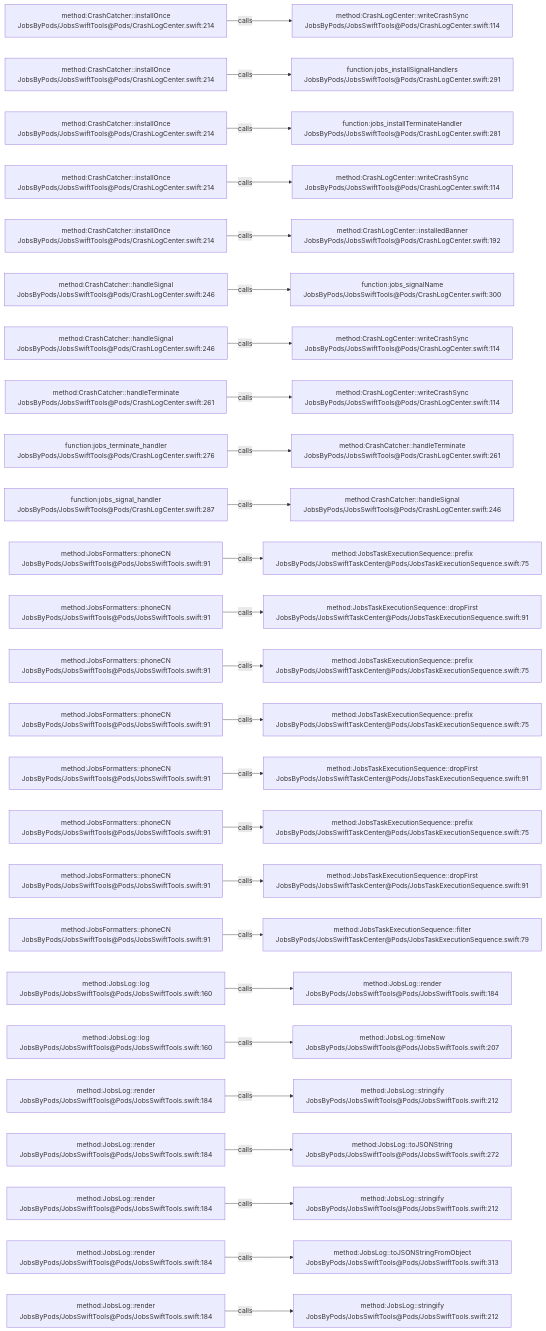
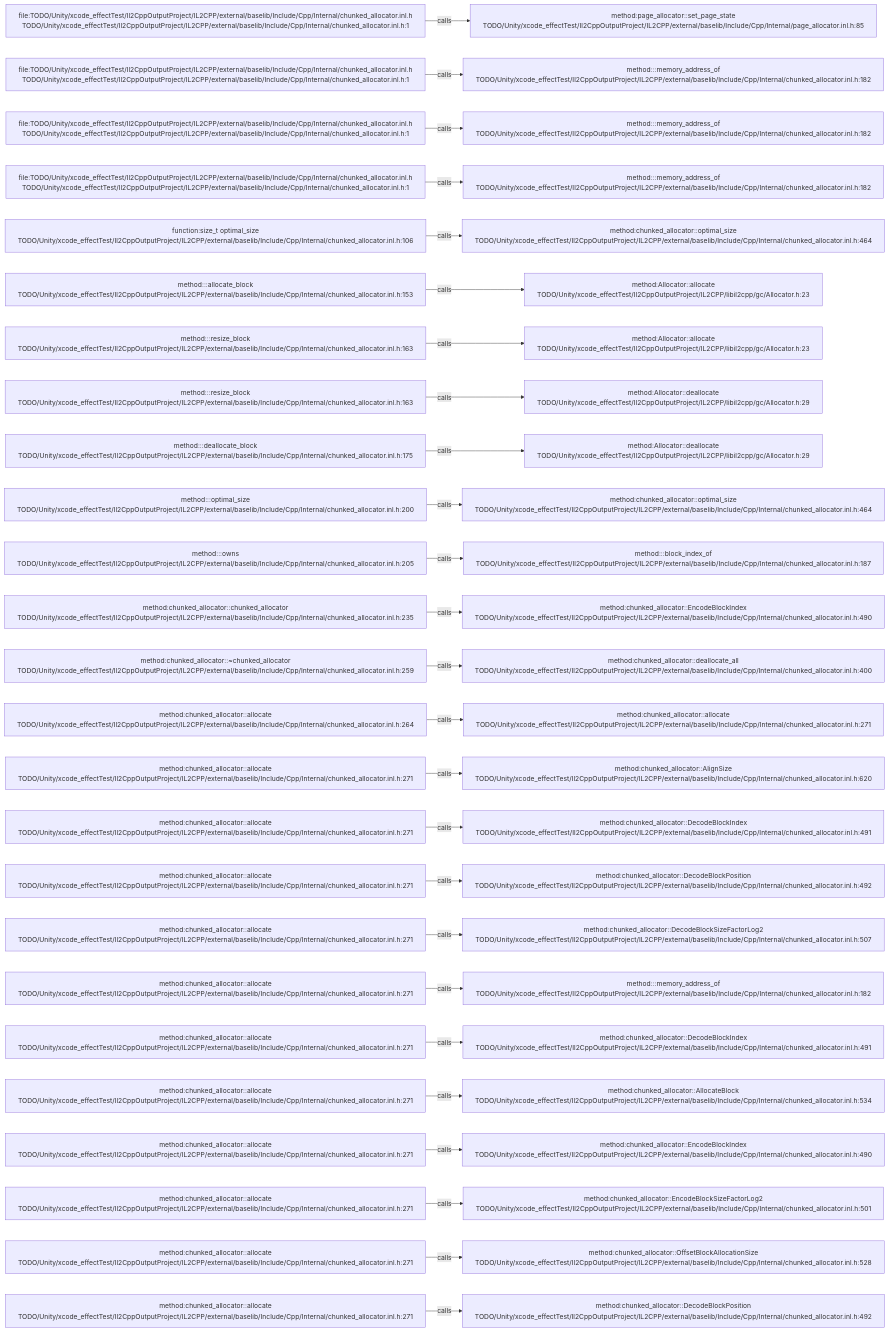
One commit to JobsKits/JobsSwiftBaseConfigDemo changed the diagram in .codegraph/codegraph.md/graphs/calls-063.md. Above: the diagram before and after it, drawn with Mermaid. The commit also changed 227 other files, not shown here.

````diff
--- a/.codegraph/codegraph.md/graphs/calls-063.md
+++ b/.codegraph/codegraph.md/graphs/calls-063.md
@@ -13,78 +13,78 @@
 ```mermaid
 flowchart LR
-  S1["method:CrashCatcher::installOnce<br/>JobsByPods/JobsSwiftTools@Pods/CrashLogCenter.swift:214"]
-  T1["method:CrashLogCenter::writeCrashSync<br/>JobsByPods/JobsSwiftTools@Pods/CrashLogCenter.swift:114"]
+  S1["file:TODO/Unity/xcode_effectTest/Il2CppOutputProject/IL2CPP/external/baselib/Include/Cpp/Internal/chunked_allocator.inl.h<br/>TODO/Unity/xcode_effectTest/Il2CppOutputProject/IL2CPP/external/baselib/Include/Cpp/Internal/chunked_allocator.inl.h:1"]
+  T1["method:page_allocator::set_page_state<br/>TODO/Unity/xcode_effectTest/Il2CppOutputProject/IL2CPP/external/baselib/Include/Cpp/Internal/page_allocator.inl.h:85"]
   S1 -->|calls| T1
-  S2["method:CrashCatcher::installOnce<br/>JobsByPods/JobsSwiftTools@Pods/CrashLogCenter.swift:214"]
-  T2["function:jobs_installSignalHandlers<br/>JobsByPods/JobsSwiftTools@Pods/CrashLogCenter.swift:291"]
+  S2["file:TODO/Unity/xcode_effectTest/Il2CppOutputProject/IL2CPP/external/baselib/Include/Cpp/Internal/chunked_allocator.inl.h<br/>TODO/Unity/xcode_effectTest/Il2CppOutputProject/IL2CPP/external/baselib/Include/Cpp/Internal/chunked_allocator.inl.h:1"]
+  T2["method:<anonymous>::memory_address_of<br/>TODO/Unity/xcode_effectTest/Il2CppOutputProject/IL2CPP/external/baselib/Include/Cpp/Internal/chunked_allocator.inl.h:182"]
   S2 -->|calls| T2
-  S3["method:CrashCatcher::installOnce<br/>JobsByPods/JobsSwiftTools@Pods/CrashLogCenter.swift:214"]
-  T3["function:jobs_installTerminateHandler<br/>JobsByPods/JobsSwiftTools@Pods/CrashLogCenter.swift:281"]
+  S3["file:TODO/Unity/xcode_effectTest/Il2CppOutputProject/IL2CPP/external/baselib/Include/Cpp/Internal/chunked_allocator.inl.h<br/>TODO/Unity/xcode_effectTest/Il2CppOutputProject/IL2CPP/external/baselib/Include/Cpp/Internal/chunked_allocator.inl.h:1"]
+  T3["method:<anonymous>::memory_address_of<br/>TODO/Unity/xcode_effectTest/Il2CppOutputProject/IL2CPP/external/baselib/Include/Cpp/Internal/chunked_allocator.inl.h:182"]
   S3 -->|calls| T3
-  S4["method:CrashCatcher::installOnce<br/>JobsByPods/JobsSwiftTools@Pods/CrashLogCenter.swift:214"]
-  T4["method:CrashLogCenter::writeCrashSync<br/>JobsByPods/JobsSwiftTools@Pods/CrashLogCenter.swift:114"]
+  S4["file:TODO/Unity/xcode_effectTest/Il2CppOutputProject/IL2CPP/external/baselib/Include/Cpp/Internal/chunked_allocator.inl.h<br/>TODO/Unity/xcode_effectTest/Il2CppOutputProject/IL2CPP/external/baselib/Include/Cpp/Internal/chunked_allocator.inl.h:1"]
+  T4["method:<anonymous>::memory_address_of<br/>TODO/Unity/xcode_effectTest/Il2CppOutputProject/IL2CPP/external/baselib/Include/Cpp/Internal/chunked_allocator.inl.h:182"]
   S4 -->|calls| T4
-  S5["method:CrashCatcher::installOnce<br/>JobsByPods/JobsSwiftTools@Pods/CrashLogCenter.swift:214"]
-  T5["method:CrashLogCenter::installedBanner<br/>JobsByPods/JobsSwiftTools@Pods/CrashLogCenter.swift:192"]
+  S5["function:size_t optimal_size<br/>TODO/Unity/xcode_effectTest/Il2CppOutputProject/IL2CPP/external/baselib/Include/Cpp/Internal/chunked_allocator.inl.h:106"]
+  T5["method:chunked_allocator::optimal_size<br/>TODO/Unity/xcode_effectTest/Il2CppOutputProject/IL2CPP/external/baselib/Include/Cpp/Internal/chunked_allocator.inl.h:464"]
   S5 -->|calls| T5
-  S6["method:CrashCatcher::handleSignal<br/>JobsByPods/JobsSwiftTools@Pods/CrashLogCenter.swift:246"]
-  T6["function:jobs_signalName<br/>JobsByPods/JobsSwiftTools@Pods/CrashLogCenter.swift:300"]
+  S6["method:<anonymous>::allocate_block<br/>TODO/Unity/xcode_effectTest/Il2CppOutputProject/IL2CPP/external/baselib/Include/Cpp/Internal/chunked_allocator.inl.h:153"]
+  T6["method:Allocator::allocate<br/>TODO/Unity/xcode_effectTest/Il2CppOutputProject/IL2CPP/libil2cpp/gc/Allocator.h:23"]
   S6 -->|calls| T6
-  S7["method:CrashCatcher::handleSignal<br/>JobsByPods/JobsSwiftTools@Pods/CrashLogCenter.swift:246"]
-  T7["method:CrashLogCenter::writeCrashSync<br/>JobsByPods/JobsSwiftTools@Pods/CrashLogCenter.swift:114"]
+  S7["method:<anonymous>::resize_block<br/>TODO/Unity/xcode_effectTest/Il2CppOutputProject/IL2CPP/external/baselib/Include/Cpp/Internal/chunked_allocator.inl.h:163"]
+  T7["method:Allocator::allocate<br/>TODO/Unity/xcode_effectTest/Il2CppOutputProject/IL2CPP/libil2cpp/gc/Allocator.h:23"]
   S7 -->|calls| T7
-  S8["method:CrashCatcher::handleTerminate<br/>JobsByPods/JobsSwiftTools@Pods/CrashLogCenter.swift:261"]
-  T8["method:CrashLogCenter::writeCrashSync<br/>JobsByPods/JobsSwiftTools@Pods/CrashLogCenter.swift:114"]
+  S8["method:<anonymous>::resize_block<br/>TODO/Unity/xcode_effectTest/Il2CppOutputProject/IL2CPP/external/baselib/Include/Cpp/Internal/chunked_allocator.inl.h:163"]
+  T8["method:Allocator::deallocate<br/>TODO/Unity/xcode_effectTest/Il2CppOutputProject/IL2CPP/libil2cpp/gc/Allocator.h:29"]
   S8 -->|calls| T8
-  S9["function:jobs_terminate_handler<br/>JobsByPods/JobsSwiftTools@Pods/CrashLogCenter.swift:276"]
-  T9["method:CrashCatcher::handleTerminate<br/>JobsByPods/JobsSwiftTools@Pods/CrashLogCenter.swift:261"]
+  S9["method:<anonymous>::deallocate_block<br/>TODO/Unity/xcode_effectTest/Il2CppOutputProject/IL2CPP/external/baselib/Include/Cpp/Internal/chunked_allocator.inl.h:175"]
+  T9["method:Allocator::deallocate<br/>TODO/Unity/xcode_effectTest/Il2CppOutputProject/IL2CPP/libil2cpp/gc/Allocator.h:29"]
   S9 -->|calls| T9
-  S10["function:jobs_signal_handler<br/>JobsByPods/JobsSwiftTools@Pods/CrashLogCenter.swift:287"]
-  T10["method:CrashCatcher::handleSignal<br/>JobsByPods/JobsSwiftTools@Pods/CrashLogCenter.swift:246"]
+  S10["method:<anonymous>::optimal_size<br/>TODO/Unity/xcode_effectTest/Il2CppOutputProject/IL2CPP/external/baselib/Include/Cpp/Internal/chunked_allocator.inl.h:200"]
+  T10["method:chunked_allocator::optimal_size<br/>TODO/Unity/xcode_effectTest/Il2CppOutputProject/IL2CPP/external/baselib/Include/Cpp/Internal/chunked_allocator.inl.h:464"]
   S10 -->|calls| T10
-  S11["method:JobsFormatters::phoneCN<br/>JobsByPods/JobsSwiftTools@Pods/JobsSwiftTools.swift:91"]
-  T11["method:JobsTaskExecutionSequence::prefix<br/>JobsByPods/JobsSwiftTaskCenter@Pods/JobsTaskExecutionSequence.swift:75"]
+  S11["method:<anonymous>::owns<br/>TODO/Unity/xcode_effectTest/Il2CppOutputProject/IL2CPP/external/baselib/Include/Cpp/Internal/chunked_allocator.inl.h:205"]
+  T11["method:<anonymous>::block_index_of<br/>TODO/Unity/xcode_effectTest/Il2CppOutputProject/IL2CPP/external/baselib/Include/Cpp/Internal/chunked_allocator.inl.h:187"]
   S11 -->|calls| T11
-  S12["method:JobsFormatters::phoneCN<br/>JobsByPods/JobsSwiftTools@Pods/JobsSwiftTools.swift:91"]
-  T12["method:JobsTaskExecutionSequence::dropFirst<br/>JobsByPods/JobsSwiftTaskCenter@Pods/JobsTaskExecutionSequence.swift:91"]
+  S12["method:chunked_allocator::chunked_allocator<br/>TODO/Unity/xcode_effectTest/Il2CppOutputProject/IL2CPP/external/baselib/Include/Cpp/Internal/chunked_allocator.inl.h:235"]
+  T12["method:chunked_allocator::EncodeBlockIndex<br/>TODO/Unity/xcode_effectTest/Il2CppOutputProject/IL2CPP/external/baselib/Include/Cpp/Internal/chunked_allocator.inl.h:490"]
   S12 -->|calls| T12
-  S13["method:JobsFormatters::phoneCN<br/>JobsByPods/JobsSwiftTools@Pods/JobsSwiftTools.swift:91"]
-  T13["method:JobsTaskExecutionSequence::prefix<br/>JobsByPods/JobsSwiftTaskCenter@Pods/JobsTaskExecutionSequence.swift:75"]
+  S13["method:chunked_allocator::~chunked_allocator<br/>TODO/Unity/xcode_effectTest/Il2CppOutputProject/IL2CPP/external/baselib/Include/Cpp/Internal/chunked_allocator.inl.h:259"]
+  T13["method:chunked_allocator::deallocate_all<br/>TODO/Unity/xcode_effectTest/Il2CppOutputProject/IL2CPP/external/baselib/Include/Cpp/Internal/chunked_allocator.inl.h:400"]
   S13 -->|calls| T13
-  S14["method:JobsFormatters::phoneCN<br/>JobsByPods/JobsSwiftTools@Pods/JobsSwiftTools.swift:91"]
-  T14["method:JobsTaskExecutionSequence::prefix<br/>JobsByPods/JobsSwiftTaskCenter@Pods/JobsTaskExecutionSequence.swift:75"]
+  S14["method:chunked_allocator::allocate<br/>TODO/Unity/xcode_effectTest/Il2CppOutputProject/IL2CPP/external/baselib/Include/Cpp/Internal/chunked_allocator.inl.h:264"]
+  T14["method:chunked_allocator::allocate<br/>TODO/Unity/xcode_effectTest/Il2CppOutputProject/IL2CPP/external/baselib/Include/Cpp/Internal/chunked_allocator.inl.h:271"]
   S14 -->|calls| T14
-  S15["method:JobsFormatters::phoneCN<br/>JobsByPods/JobsSwiftTools@Pods/JobsSwiftTools.swift:91"]
-  T15["method:JobsTaskExecutionSequence::dropFirst<br/>JobsByPods/JobsSwiftTaskCenter@Pods/JobsTaskExecutionSequence.swift:91"]
+  S15["method:chunked_allocator::allocate<br/>TODO/Unity/xcode_effectTest/Il2CppOutputProject/IL2CPP/external/baselib/Include/Cpp/Internal/chunked_allocator.inl.h:271"]
+  T15["method:chunked_allocator::AlignSize<br/>TODO/Unity/xcode_effectTest/Il2CppOutputProject/IL2CPP/external/baselib/Include/Cpp/Internal/chunked_allocator.inl.h:620"]
   S15 -->|calls| T15
-  S16["method:JobsFormatters::phoneCN<br/>JobsByPods/JobsSwiftTools@Pods/JobsSwiftTools.swift:91"]
-  T16["method:JobsTaskExecutionSequence::prefix<br/>JobsByPods/JobsSwiftTaskCenter@Pods/JobsTaskExecutionSequence.swift:75"]
+  S16["method:chunked_allocator::allocate<br/>TODO/Unity/xcode_effectTest/Il2CppOutputProject/IL2CPP/external/baselib/Include/Cpp/Internal/chunked_allocator.inl.h:271"]
+  T16["method:chunked_allocator::DecodeBlockIndex<br/>TODO/Unity/xcode_effectTest/Il2CppOutputProject/IL2CPP/external/baselib/Include/Cpp/Internal/chunked_allocator.inl.h:491"]
   S16 -->|calls| T16
-  S17["method:JobsFormatters::phoneCN<br/>JobsByPods/JobsSwiftTools@Pods/JobsSwiftTools.swift:91"]
-  T17["method:JobsTaskExecutionSequence::dropFirst<br/>JobsByPods/JobsSwiftTaskCenter@Pods/JobsTaskExecutionSequence.swift:91"]
+  S17["method:chunked_allocator::allocate<br/>TODO/Unity/xcode_effectTest/Il2CppOutputProject/IL2CPP/external/baselib/Include/Cpp/Internal/chunked_allocator.inl.h:271"]
+  T17["method:chunked_allocator::DecodeBlockPosition<br/>TODO/Unity/xcode_effectTest/Il2CppOutputProject/IL2CPP/external/baselib/Include/Cpp/Internal/chunked_allocator.inl.h:492"]
   S17 -->|calls| T17
-  S18["method:JobsFormatters::phoneCN<br/>JobsByPods/JobsSwiftTools@Pods/JobsSwiftTools.swift:91"]
-  T18["method:JobsTaskExecutionSequence::filter<br/>JobsByPods/JobsSwiftTaskCenter@Pods/JobsTaskExecutionSequence.swift:79"]
+  S18["method:chunked_allocator::allocate<br/>TODO/Unity/xcode_effectTest/Il2CppOutputProject/IL2CPP/external/baselib/Include/Cpp/Internal/chunked_allocator.inl.h:271"]
+  T18["method:chunked_allocator::DecodeBlockSizeFactorLog2<br/>TODO/Unity/xcode_effectTest/Il2CppOutputProject/IL2CPP/external/baselib/Include/Cpp/Internal/chunked_allocator.inl.h:507"]
   S18 -->|calls| T18
-  S19["method:JobsLog::log<br/>JobsByPods/JobsSwiftTools@Pods/JobsSwiftTools.swift:160"]
-  T19["method:JobsLog::render<br/>JobsByPods/JobsSwiftTools@Pods/JobsSwiftTools.swift:184"]
+  S19["method:chunked_allocator::allocate<br/>TODO/Unity/xcode_effectTest/Il2CppOutputProject/IL2CPP/external/baselib/Include/Cpp/Internal/chunked_allocator.inl.h:271"]
+  T19["method:<anonymous>::memory_address_of<br/>TODO/Unity/xcode_effectTest/Il2CppOutputProject/IL2CPP/external/baselib/Include/Cpp/Internal/chunked_allocator.inl.h:182"]
   S19 -->|calls| T19
-  S20["method:JobsLog::log<br/>JobsByPods/JobsSwiftTools@Pods/JobsSwiftTools.swift:160"]
-  T20["method:JobsLog::timeNow<br/>JobsByPods/JobsSwiftTools@Pods/JobsSwiftTools.swift:207"]
+  S20["method:chunked_allocator::allocate<br/>TODO/Unity/xcode_effectTest/Il2CppOutputProject/IL2CPP/external/baselib/Include/Cpp/Internal/chunked_allocator.inl.h:271"]
+  T20["method:chunked_allocator::DecodeBlockIndex<br/>TODO/Unity/xcode_effectTest/Il2CppOutputProject/IL2CPP/external/baselib/Include/Cpp/Internal/chunked_allocator.inl.h:491"]
   S20 -->|calls| T20
-  S21["method:JobsLog::render<br/>JobsByPods/JobsSwiftTools@Pods/JobsSwiftTools.swift:184"]
-  T21["method:JobsLog::stringify<br/>JobsByPods/JobsSwiftTools@Pods/JobsSwiftTools.swift:212"]
+  S21["method:chunked_allocator::allocate<br/>TODO/Unity/xcode_effectTest/Il2CppOutputProject/IL2CPP/external/baselib/Include/Cpp/Internal/chunked_allocator.inl.h:271"]
+  T21["method:chunked_allocator::AllocateBlock<br/>TODO/Unity/xcode_effectTest/Il2CppOutputProject/IL2CPP/external/baselib/Include/Cpp/Internal/chunked_allocator.inl.h:534"]
   S21 -->|calls| T21
-  S22["method:JobsLog::render<br/>JobsByPods/JobsSwiftTools@Pods/JobsSwiftTools.swift:184"]
-  T22["method:JobsLog::toJSONString<br/>JobsByPods/JobsSwiftTools@Pods/JobsSwiftTools.swift:272"]
+  S22["method:chunked_allocator::allocate<br/>TODO/Unity/xcode_effectTest/Il2CppOutputProject/IL2CPP/external/baselib/Include/Cpp/Internal/chunked_allocator.inl.h:271"]
+  T22["method:chunked_allocator::EncodeBlockIndex<br/>TODO/Unity/xcode_effectTest/Il2CppOutputProject/IL2CPP/external/baselib/Include/Cpp/Internal/chunked_allocator.inl.h:490"]
   S22 -->|calls| T22
-  S23["method:JobsLog::render<br/>JobsByPods/JobsSwiftTools@Pods/JobsSwiftTools.swift:184"]
-  T23["method:JobsLog::stringify<br/>JobsByPods/JobsSwiftTools@Pods/JobsSwiftTools.swift:212"]
+  S23["method:chunked_allocator::allocate<br/>TODO/Unity/xcode_effectTest/Il2CppOutputProject/IL2CPP/external/baselib/Include/Cpp/Internal/chunked_allocator.inl.h:271"]
+  T23["method:chunked_allocator::EncodeBlockSizeFactorLog2<br/>TODO/Unity/xcode_effectTest/Il2CppOutputProject/IL2CPP/external/baselib/Include/Cpp/Internal/chunked_allocator.inl.h:501"]
   S23 -->|calls| T23
-  S24["method:JobsLog::render<br/>JobsByPods/JobsSwiftTools@Pods/JobsSwiftTools.swift:184"]
-  T24["method:JobsLog::toJSONStringFromObject<br/>JobsByPods/JobsSwiftTools@Pods/JobsSwiftTools.swift:313"]
+  S24["method:chunked_allocator::allocate<br/>TODO/Unity/xcode_effectTest/Il2CppOutputProject/IL2CPP/external/baselib/Include/Cpp/Internal/chunked_allocator.inl.h:271"]
+  T24["method:chunked_allocator::OffsetBlockAllocationSize<br/>TODO/Unity/xcode_effectTest/Il2CppOutputProject/IL2CPP/external/baselib/Include/Cpp/Internal/chunked_allocator.inl.h:528"]
   S24 -->|calls| T24
-  S25["method:JobsLog::render<br/>JobsByPods/JobsSwiftTools@Pods/JobsSwiftTools.swift:184"]
-  T25["method:JobsLog::stringify<br/>JobsByPods/JobsSwiftTools@Pods/JobsSwiftTools.swift:212"]
+  S25["method:chunked_allocator::allocate<br/>TODO/Unity/xcode_effectTest/Il2CppOutputProject/IL2CPP/external/baselib/Include/Cpp/Internal/chunked_allocator.inl.h:271"]
+  T25["method:chunked_allocator::DecodeBlockPosition<br/>TODO/Unity/xcode_effectTest/Il2CppOutputProject/IL2CPP/external/baselib/Include/Cpp/Internal/chunked_allocator.inl.h:492"]
   S25 -->|calls| T25
 ```
````
